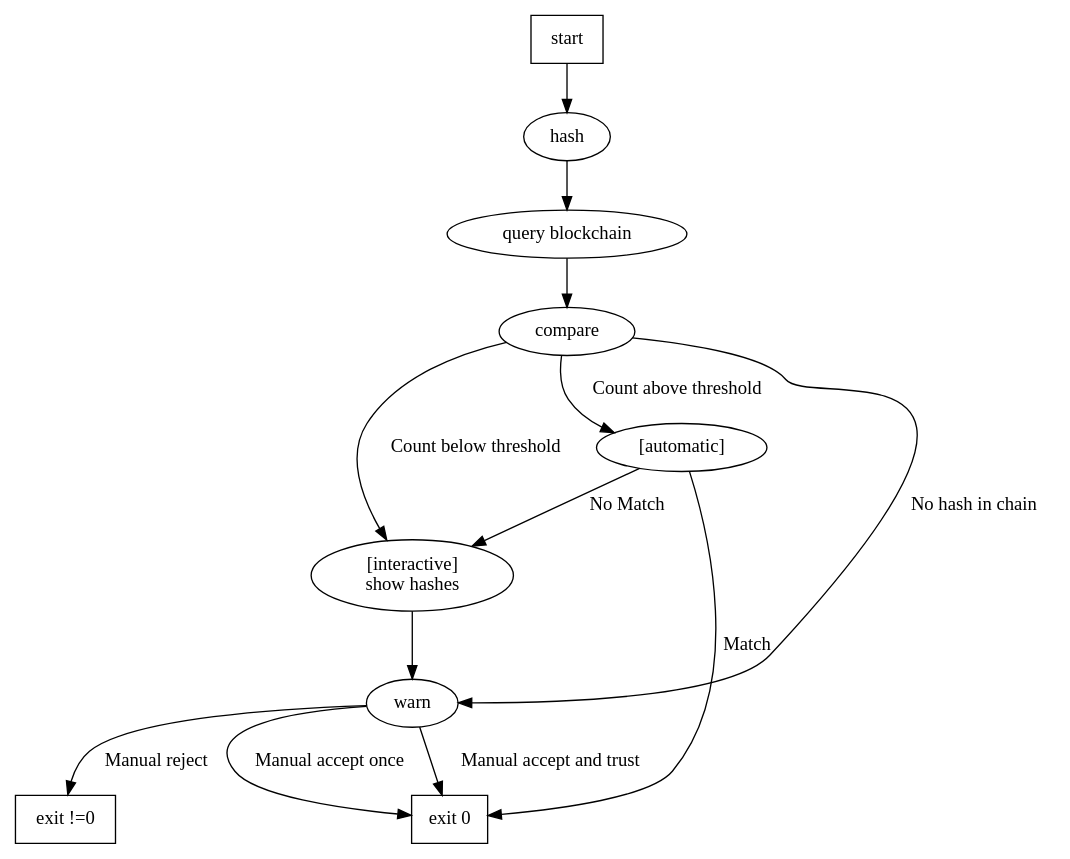
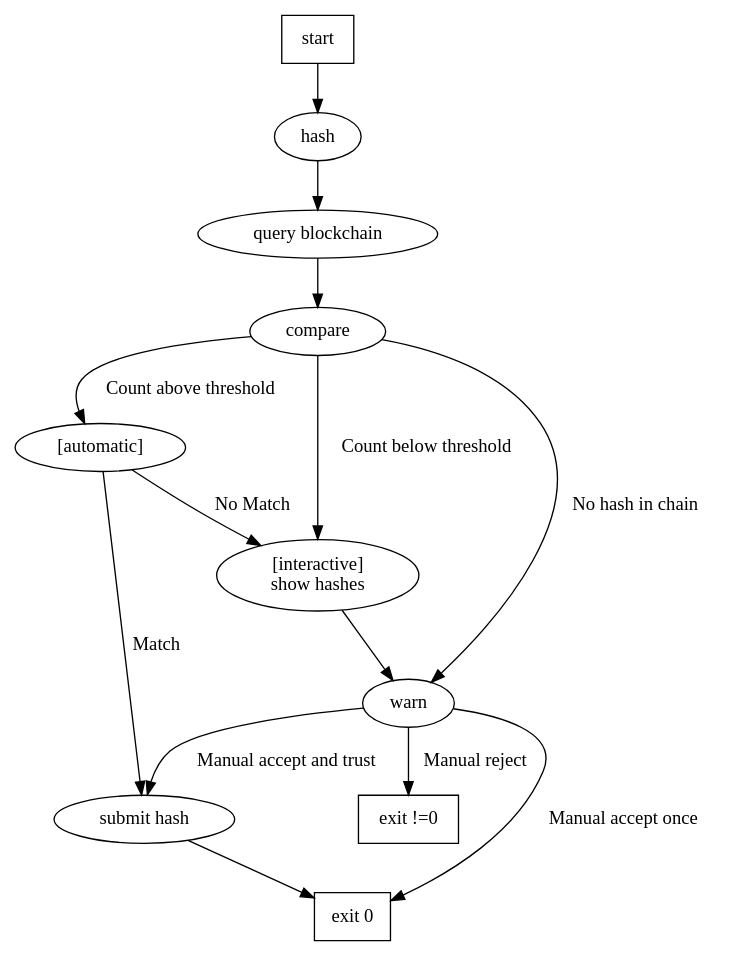
Before and after one commit to clawoflight/aursec: the diagram in aursec/state-diagram.dot, drawn with Graphviz. The commit also changed 1 other file, not shown here.

Commit message:
Update the state diagram
Add a state to make commits explicit.

```diff
--- a/aursec/state-diagram.dot
+++ b/aursec/state-diagram.dot
@@ -1,17 +1,23 @@
 digraph states {
 	start [shape=rect];
 	fail [shape=rect, label="exit !=0"];
 	success [shape=rect, label="exit 0"];
+
 	manual [label="[interactive]\nshow hashes"];
 	auto [label="[automatic]"];
+	commit [label="submit hash"];
+
 	start -> hash -> "query blockchain" -> compare;
 	compare -> warn [label="No hash in chain"];
 	compare -> manual [label="Count below threshold"];
 	compare -> auto [label="Count above threshold"];
 	manual -> warn;
-	warn -> success [label="Manual accept and trust"];
+	warn -> commit [label="Manual accept and trust"];
 	warn -> success [label="Manual accept once"];
 	warn -> fail [label="Manual reject"];
-	auto -> success [label="Match"];
+	auto -> commit [label="Match"];
 	auto -> manual [label="No Match"];
+	commit -> success;
+
+	// TODO: add a node for the cases where data is written to the blockchain
 }
```
